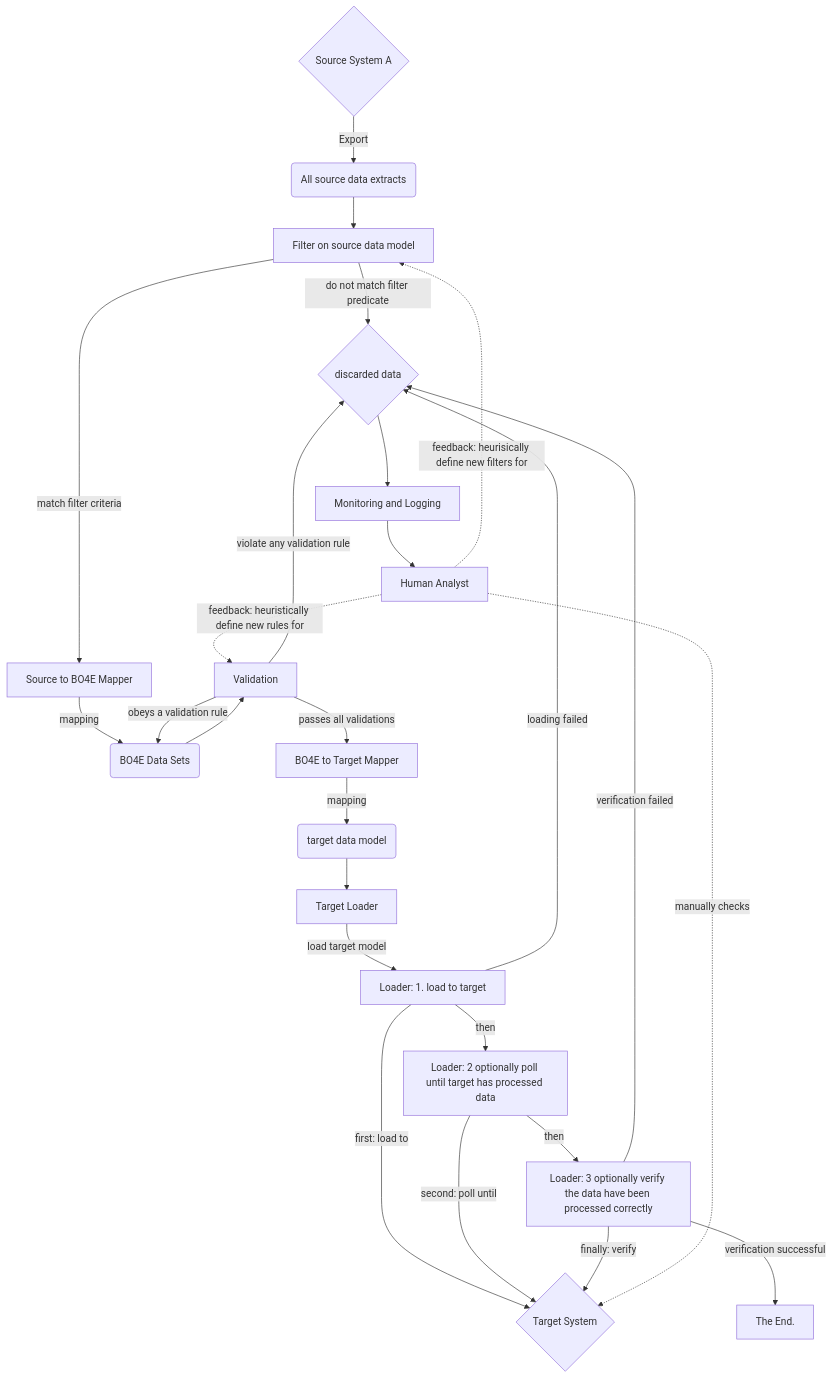
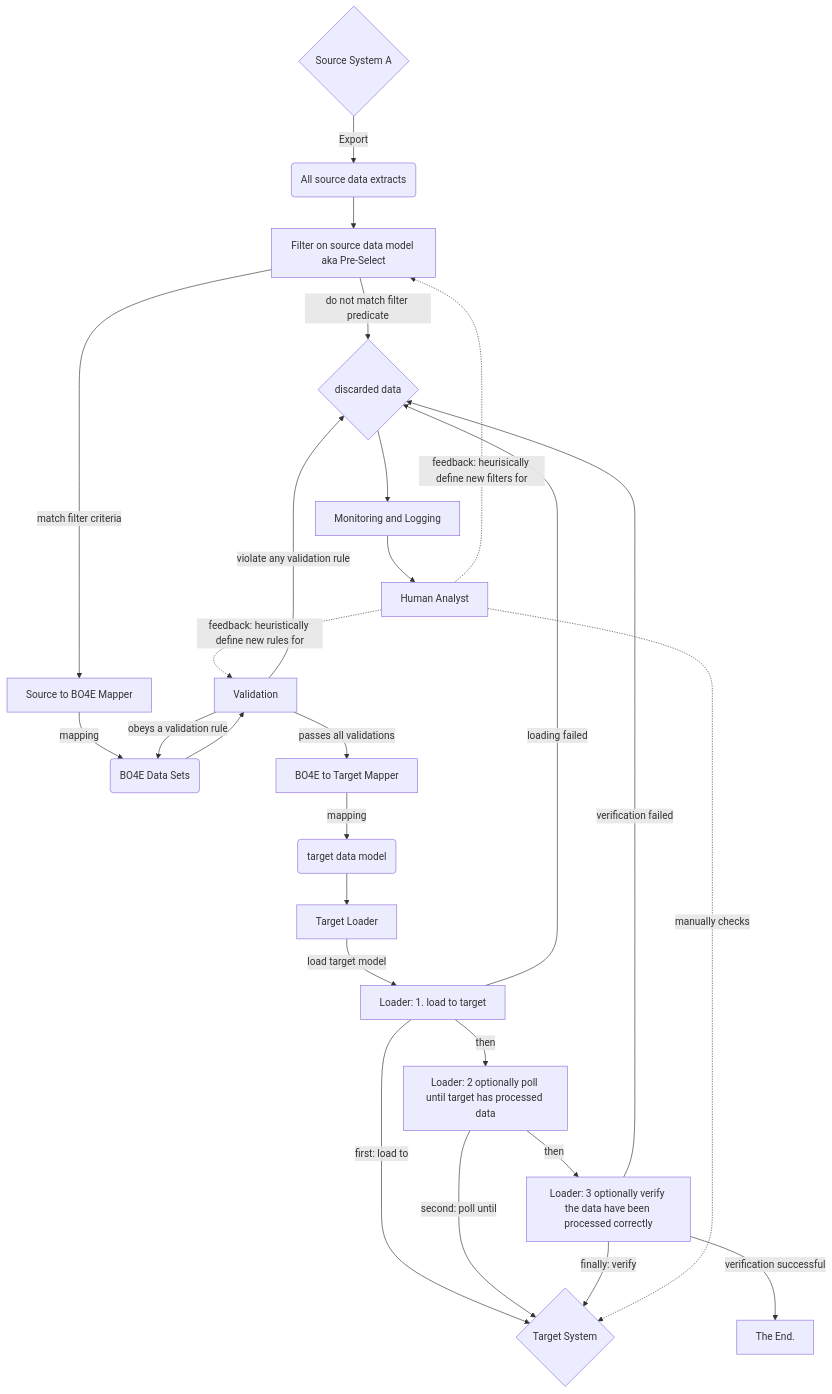
The second of 2 diagrams in README.md (Hochfrequenz/bo4e_migration_framework), drawn with Mermaid before and after one commit.

````diff
--- a/README.md
+++ b/README.md
@@ -47,28 +47,28 @@
 ```mermaid
 graph TD
     A{Source System A} -->|Export| B(All source data extracts)
-    B -->C[Filter on source data model]
+    B -->C[Filter on source data model aka Pre-Select]
     C -->|do not match filter predicate| Z{discarded data}
     C -->|match filter criteria| D[Source to BO4E Mapper]
     D -->|mapping| E(BO4E Data Sets)
     E -->F[Validation]
     F -->|obeys a validation rule|E
     F -->|violate any validation rule|Z
     F -->|passes all validations| G[BO4E to Target Mapper]
     G -->|mapping| H(target data model)
     H -->I[Target Loader]
     I -->|load target model|L1[Loader: 1. load to target]
     L1 -->|first: load to|T{Target System}
     L1 -->|then|L2[Loader: 2 optionally poll until target has processed data]
     L2 -->|second: poll until|T
     L2 -->|then|L3[Loader: 3 optionally verify the data have been processed correctly]
     L3 -->|finally: verify|T
     L3 -->|verification failed|Z
     L1 -->|loading failed|Z
     L3 -->|verification successful|Y[The End.]
     Z-->Z1[Monitoring and Logging]
     Z1-->Z2[Human Analyst]
     Z2 -.->|manually checks| T
     Z2 -.->|feedback: heuristically define new rules for|F
     Z2 -.->|feedback: heurisically define new filters for|C
 ```
````
